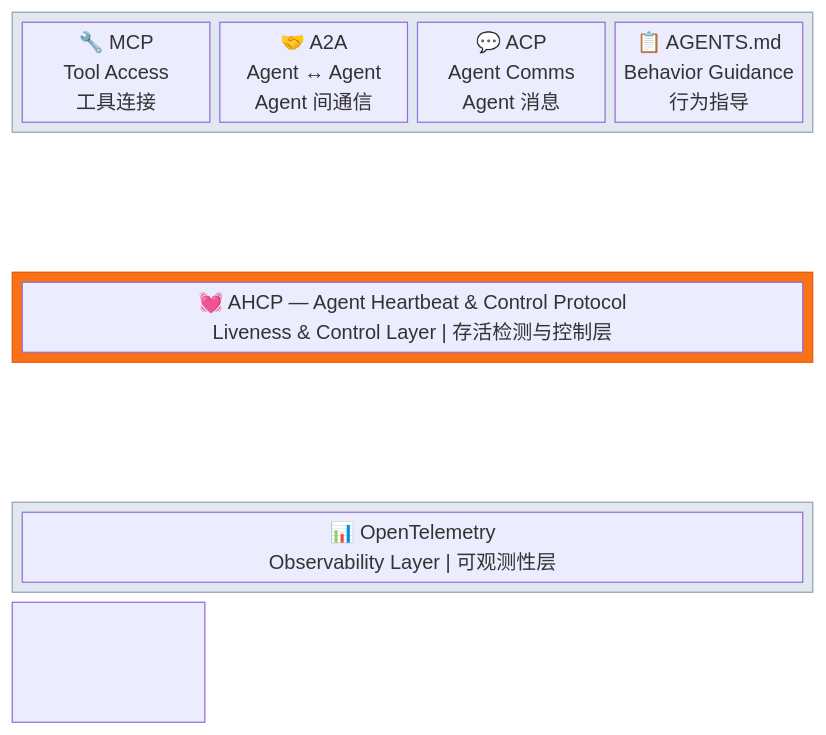
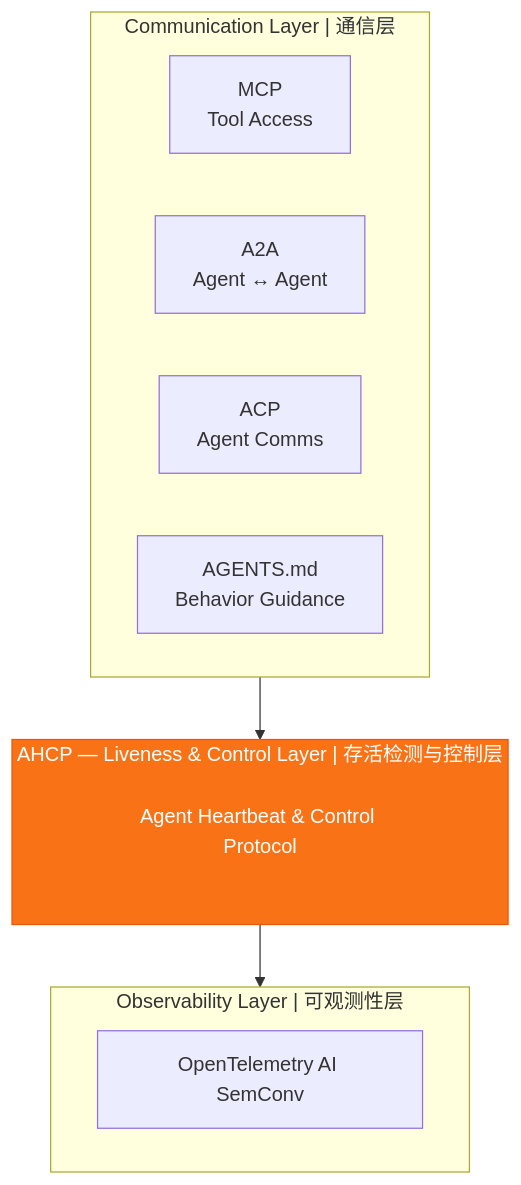
The diagram in README.md (Oripal/ahcp), drawn with Mermaid before and after one commit.

Commit message:
docs: fix Mermaid diagram — switch from block-beta to flowchart
block-beta renders poorly on GitHub (excessive spacing, broken arrows,
phantom blocks). flowchart TB with subgraphs is more reliable.

````diff
--- a/README.md
+++ b/README.md
@@ -35,30 +35,23 @@
 ```mermaid
-block-beta
-  columns 4
+flowchart TB
+    subgraph Communication["Communication Layer | 通信层"]
+        direction LR
+        MCP["MCP\nTool Access"]
+        A2A["A2A\nAgent ↔ Agent"]
+        ACP["ACP\nAgent Comms"]
+        AGT["AGENTS.md\nBehavior Guidance"]
+    end
 
-  block:comm:4
-    columns 4
-    MCP["🔧 MCP\nTool Access\n工具连接"]
-    A2A["🤝 A2A\nAgent ↔ Agent\nAgent 间通信"]
-    ACP["💬 ACP\nAgent Comms\nAgent 消息"]
-    AGENTS["📋 AGENTS.md\nBehavior Guidance\n行为指导"]
-  end
+    subgraph AHCP_Layer["AHCP — Liveness & Control Layer | 存活检测与控制层"]
+        AHCP["Agent Heartbeat & Control Protocol"]
+    end
 
-  space:4
+    subgraph Observability["Observability Layer | 可观测性层"]
+        OTel["OpenTelemetry AI SemConv"]
+    end
 
-  block:ahcp:4
-    AHCP["💓 AHCP — Agent Heartbeat & Control Protocol\nLiveness & Control Layer | 存活检测与控制层"]
-  end
+    Communication --> AHCP_Layer --> Observability
 
-  space:4
-
-  block:otel:4
-    OTel["📊 OpenTelemetry\nObservability Layer | 可观测性层"]
-  end
-
-  comm --> ahcp --> otel
-
-  style ahcp fill:#f97316,color:#fff,stroke:#ea580c
-  style comm fill:#e2e8f0,stroke:#94a3b8
-  style otel fill:#e2e8f0,stroke:#94a3b8
+    style AHCP_Layer fill:#f97316,color:#fff,stroke:#ea580c
+    style AHCP fill:#f97316,color:#fff,stroke:none
 ```
````
